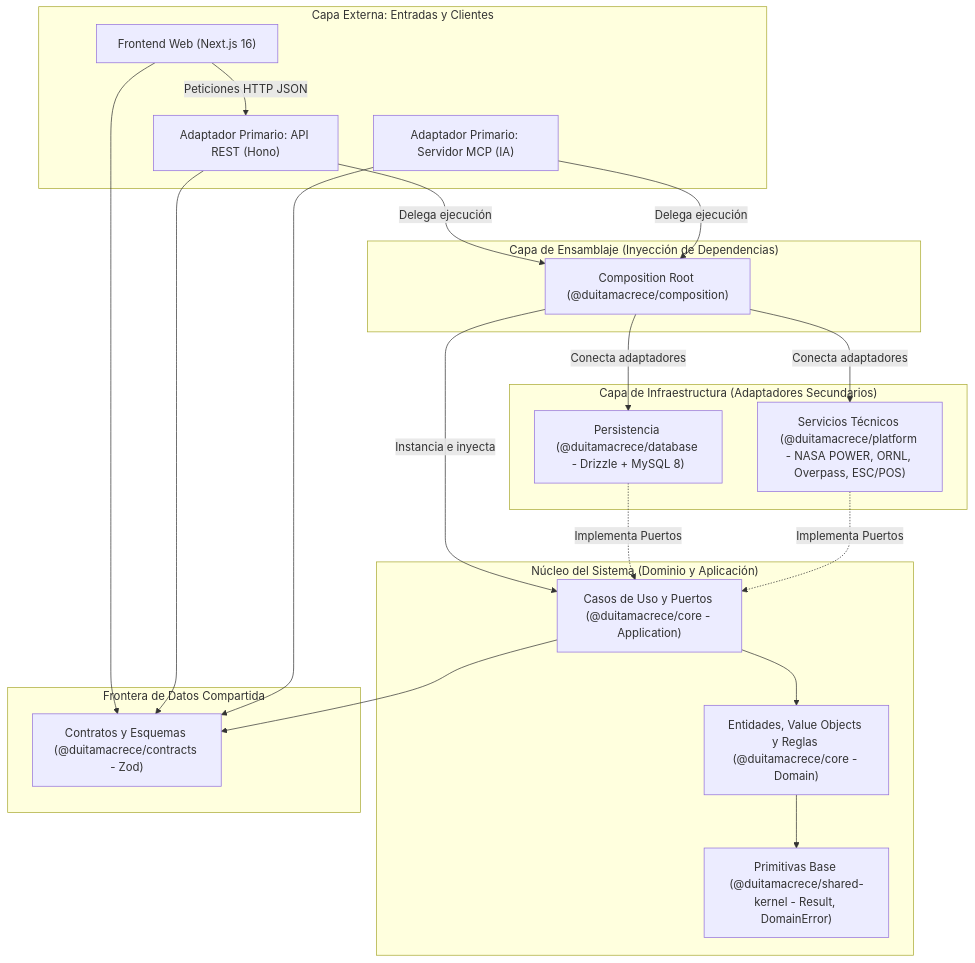
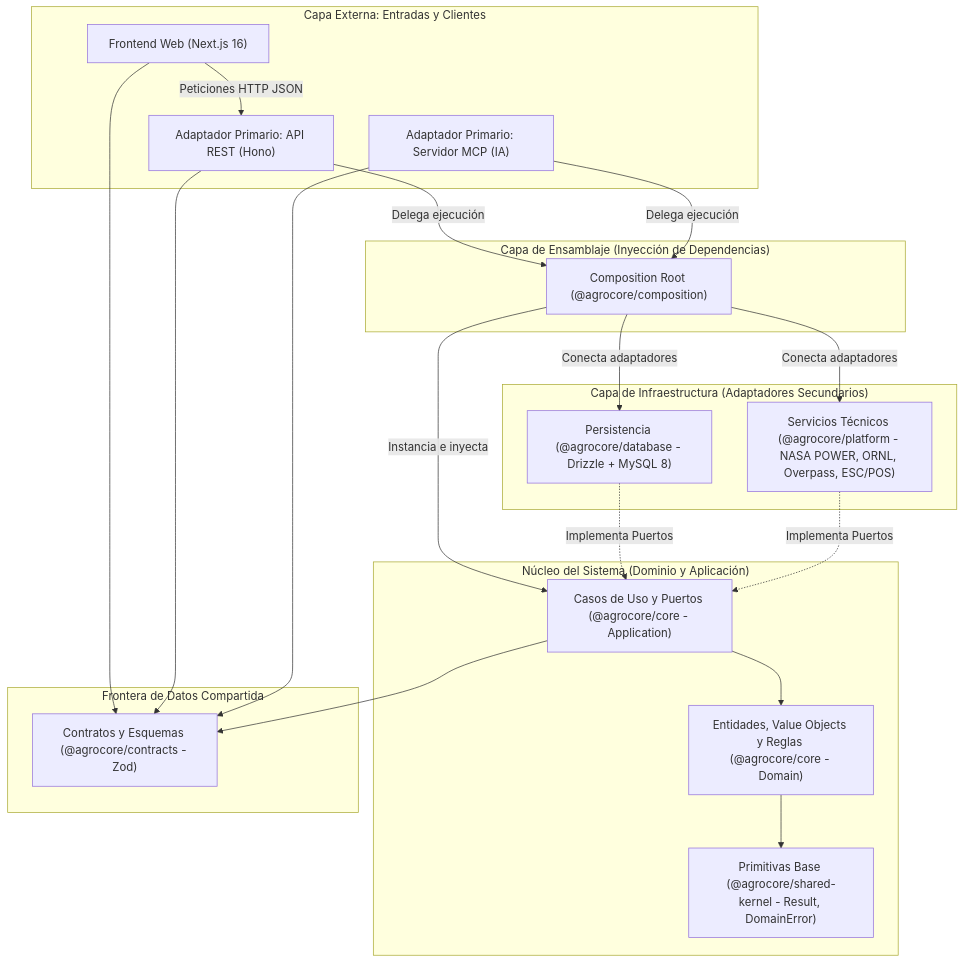
The first of 2 diagrams in context/rules_architecture.md (castillograndasantiagoeduardo-design/AgroCore), drawn with Mermaid before and after one commit. The commit also changed other lines of this file and 113 other files, not shown here.

Commit message:
fase 1: renombre a AgroCore (@agrocore/*, base agrocore, servidor MCP)

````diff
--- a/context/rules_architecture.md
+++ b/context/rules_architecture.md
@@ -14,42 +14,42 @@
 ```mermaid
 flowchart TB
     subgraph External ["Capa Externa: Entradas y Clientes"]
         UI["Frontend Web (Next.js 16)"]
         HTTP["Adaptador Primario: API REST (Hono)"]
         MCP["Adaptador Primario: Servidor MCP (IA)"]
     end
 
     subgraph Wiring ["Capa de Ensamblaje (Inyección de Dependencias)"]
-        COMP["Composition Root (@duitamacrece/composition)"]
+        COMP["Composition Root (@agrocore/composition)"]
     end
 
     subgraph Infra ["Capa de Infraestructura (Adaptadores Secundarios)"]
-        DB["Persistencia (@duitamacrece/database - Drizzle + MySQL 8)"]
-        PLAT["Servicios Técnicos (@duitamacrece/platform - NASA POWER, ORNL, Overpass, ESC/POS)"]
+        DB["Persistencia (@agrocore/database - Drizzle + MySQL 8)"]
+        PLAT["Servicios Técnicos (@agrocore/platform - NASA POWER, ORNL, Overpass, ESC/POS)"]
     end
 
     subgraph CoreDomain ["Núcleo del Sistema (Dominio y Aplicación)"]
-        APP["Casos de Uso y Puertos (@duitamacrece/core - Application)"]
-        DOM["Entidades, Value Objects y Reglas (@duitamacrece/core - Domain)"]
-        SK["Primitivas Base (@duitamacrece/shared-kernel - Result, DomainError)"]
+        APP["Casos de Uso y Puertos (@agrocore/core - Application)"]
+        DOM["Entidades, Value Objects y Reglas (@agrocore/core - Domain)"]
+        SK["Primitivas Base (@agrocore/shared-kernel - Result, DomainError)"]
     end
 
     subgraph SharedContracts ["Frontera de Datos Compartida"]
-        ZOD["Contratos y Esquemas (@duitamacrece/contracts - Zod)"]
+        ZOD["Contratos y Esquemas (@agrocore/contracts - Zod)"]
     end
 
     UI -->|Peticiones HTTP JSON| HTTP
     HTTP -->|Delega ejecución| COMP
     MCP -->|Delega ejecución| COMP
     COMP -->|Instancia e inyecta| APP
     COMP -->|Conecta adaptadores| DB
     COMP -->|Conecta adaptadores| PLAT
     DB -.->|Implementa Puertos| APP
     PLAT -.->|Implementa Puertos| APP
     APP --> DOM
     DOM --> SK
     UI --> ZOD
     HTTP --> ZOD
     MCP --> ZOD
     APP --> ZOD
 ```
````
